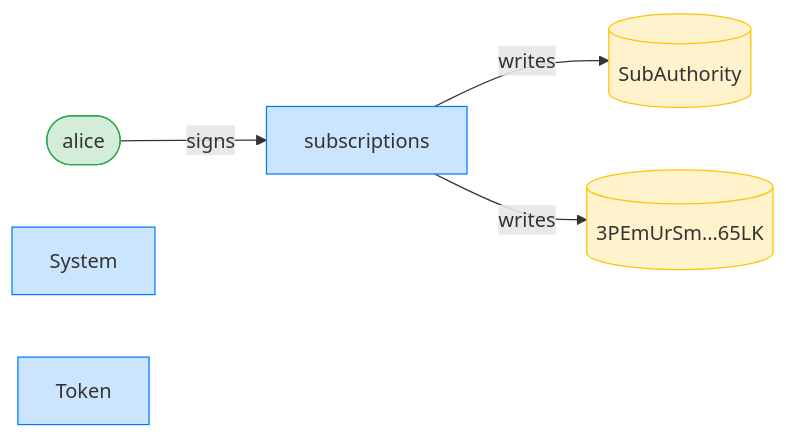
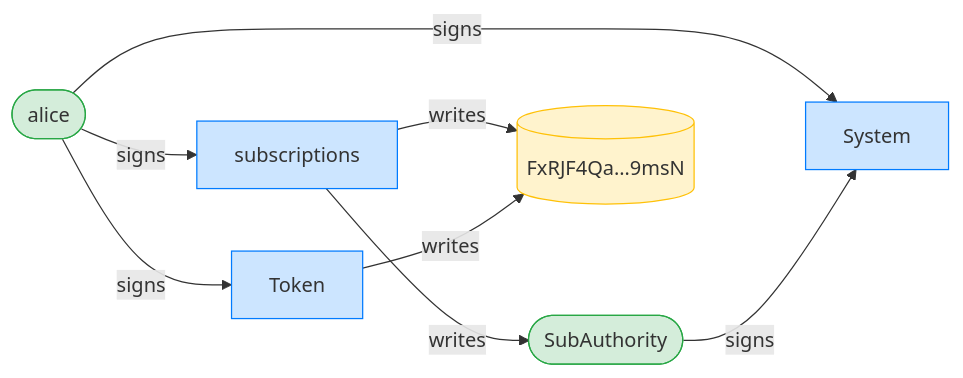
The third of 12 diagrams in dsl_tests/cancel-after-plan-expiry-allows-an-immediate-revoke.md (cds-rs/subscriptions), drawn with Mermaid before and after one commit. The commit also changed other lines of this file and 224 other files, not shown here.

````diff
--- a/dsl_tests/cancel-after-plan-expiry-allows-an-immediate-revoke.md
+++ b/dsl_tests/cancel-after-plan-expiry-allows-an-immediate-revoke.md
@@ -55,15 +56,19 @@
 ```mermaid
 flowchart LR
     classDef signer fill:#d4edda,stroke:#28a745;
     classDef program fill:#cce5ff,stroke:#007bff;
     classDef writable fill:#fff3cd,stroke:#ffc107;
     subscriptions[subscriptions]:::program
     alice([alice]):::signer
-    SubAuthority[(SubAuthority)]:::writable
-    3PEmUrSm_65LK[("3PEmUrSm…65LK")]:::writable
+    SubAuthority([SubAuthority]):::signer
+    FxRJF4Qa_9msN[("FxRJF4Qa…9msN")]:::writable
     System[System]:::program
     Token[Token]:::program
     alice -->|signs| subscriptions
+    alice -->|signs| System
+    SubAuthority -->|signs| System
+    alice -->|signs| Token
     subscriptions -->|writes| SubAuthority
-    subscriptions -->|writes| 3PEmUrSm_65LK
+    subscriptions -->|writes| FxRJF4Qa_9msN
+    Token -->|writes| FxRJF4Qa_9msN
 ```
````
